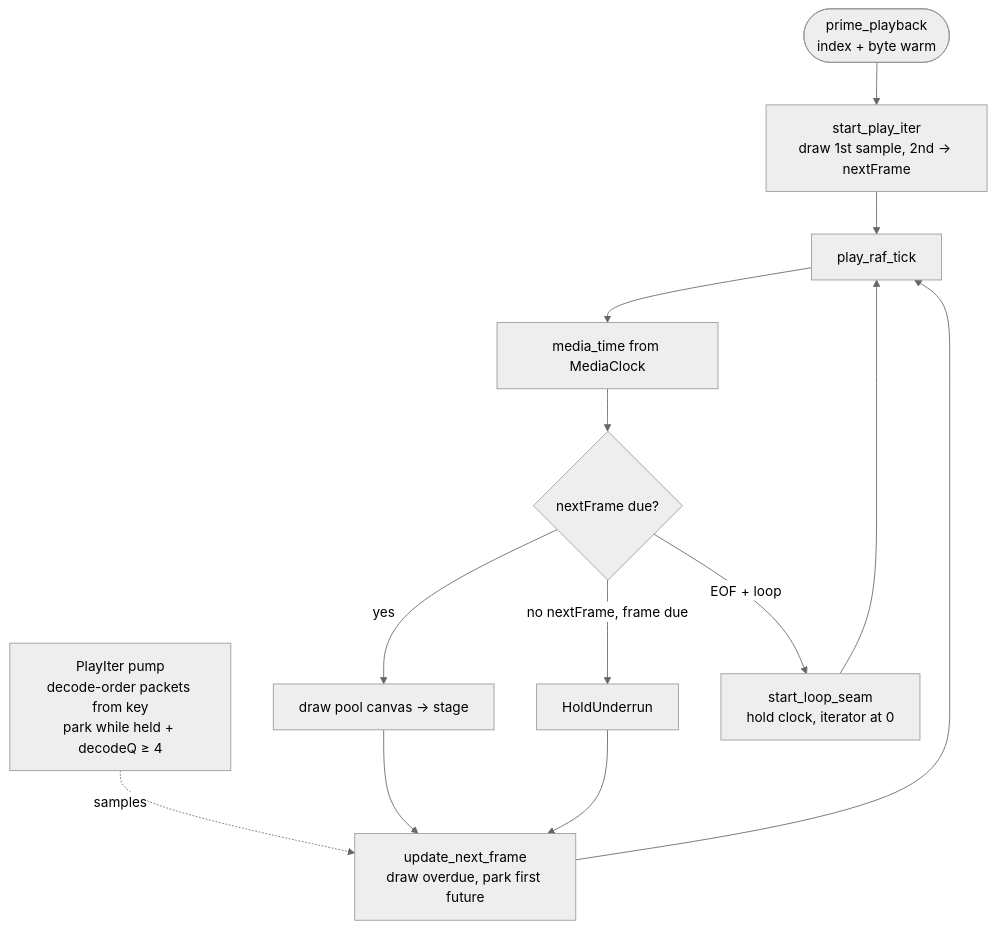
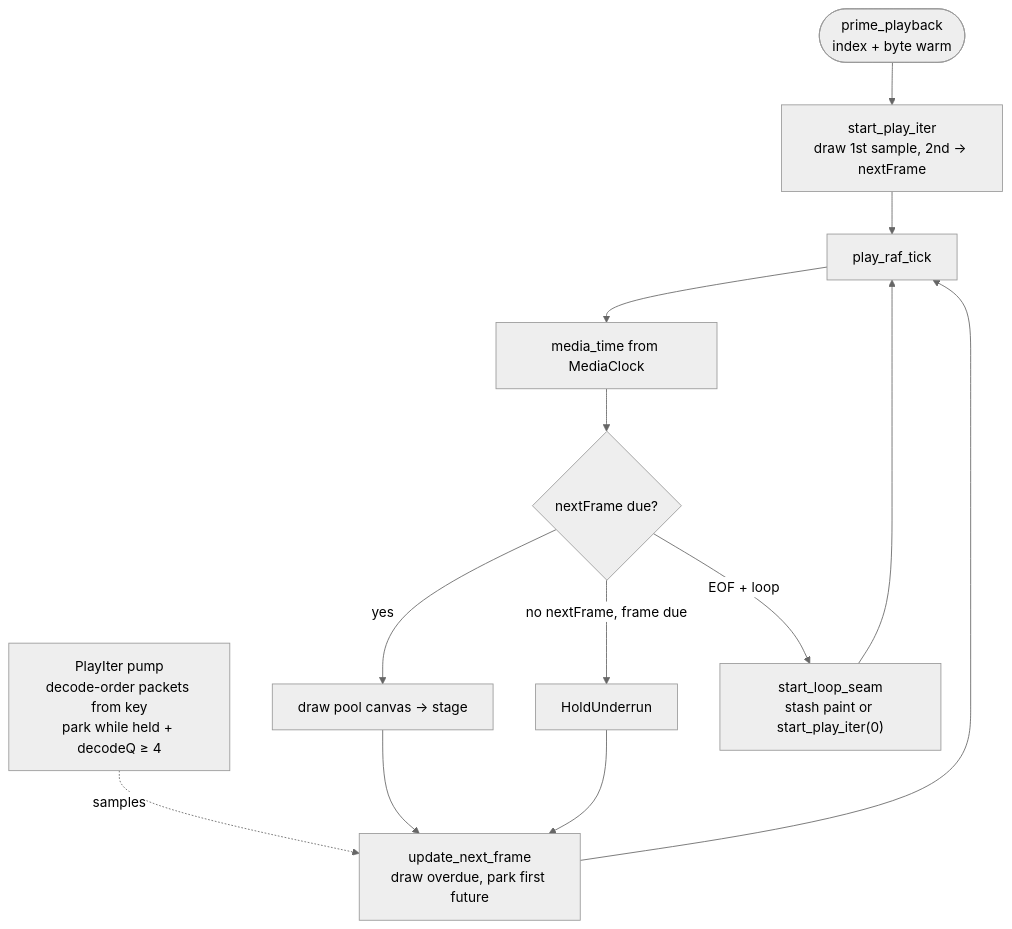
One commit to alexantoshuk/fpmedia-web changed the second of 4 diagrams in .ai/architecture.md. Above: the diagram before and after it, drawn with Mermaid (neutral theme). The commit also changed other lines of this file and 9 other files, not shown here.

````diff
--- a/.ai/architecture.md
+++ b/.ai/architecture.md
@@ -209,15 +210,15 @@
 ```mermaid
 flowchart TD
   PRIME(["prime_playback<br/>index + byte warm"]) --> START["start_play_iter<br/>draw 1st sample, 2nd → nextFrame"]
   START --> RAF["play_raf_tick"]
   PUMP["PlayIter pump<br/>decode-order packets from key<br/>park while held + decodeQ ≥ 4"] -.->|samples| NEXT
   RAF --> MT["media_time from MediaClock"]
   MT --> DUE{"nextFrame due?"}
   DUE -->|yes| DRAW["draw pool canvas → stage"]
   DUE -->|"no nextFrame, frame due"| HOLD["HoldUnderrun"]
   DRAW --> NEXT["update_next_frame<br/>draw overdue, park first future"]
   HOLD --> NEXT
   NEXT --> RAF
-  DUE -->|"EOF + loop"| LOOP["start_loop_seam<br/>hold clock, iterator at 0"]
+  DUE -->|"EOF + loop"| LOOP["start_loop_seam<br/>stash paint or start_play_iter(0)"]
   LOOP --> RAF
 ```
````
